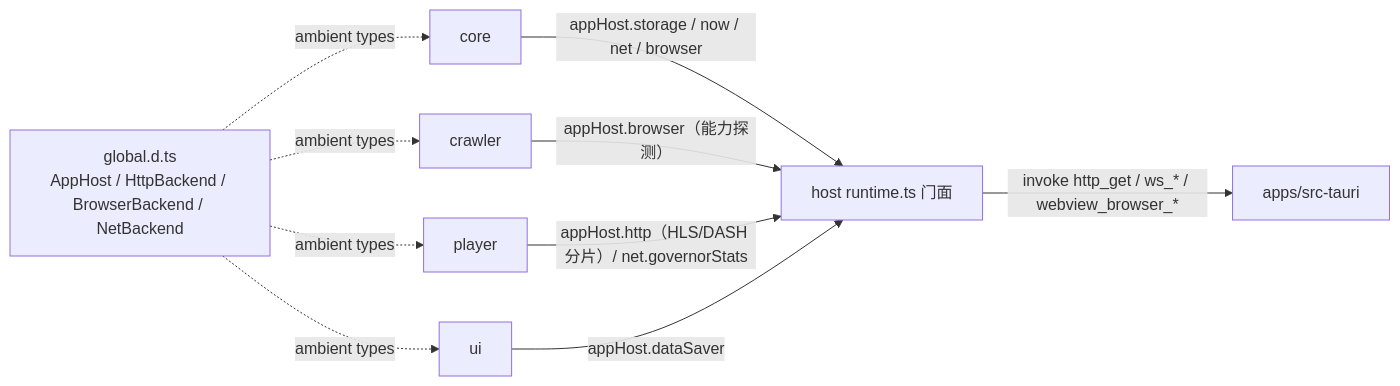
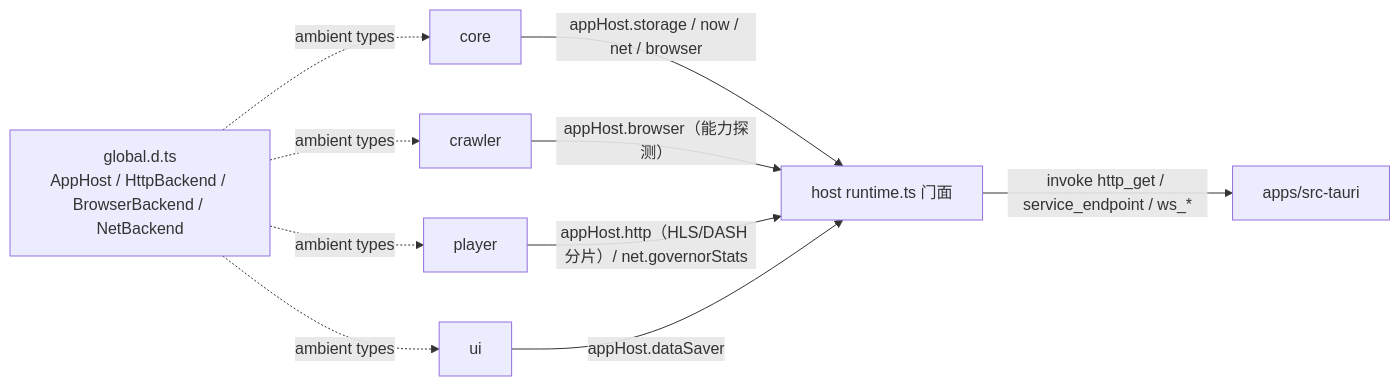
The second of 3 diagrams in docs/architecture/system/01-packages.md (sakiko999/tauri-rss), drawn with Mermaid before and after one commit. The commit also changed other lines of this file and 33 other files, not shown here.

````diff
--- a/docs/architecture/system/01-packages.md
+++ b/docs/architecture/system/01-packages.md
@@ -122,12 +122,12 @@
 ```mermaid
 graph LR
   G["global.d.ts<br/>AppHost / HttpBackend / BrowserBackend / NetBackend"] -. ambient types .-> core
   G -. ambient types .-> crawler
   G -. ambient types .-> player
   G -. ambient types .-> ui
   core -- "appHost.storage / now / net / browser" --> HOST["host runtime.ts 门面"]
   crawler -- "appHost.browser（能力探测）" --> HOST
   player -- "appHost.http（HLS/DASH 分片）/ net.governorStats" --> HOST
   ui -- "appHost.dataSaver" --> HOST
-  HOST -- "invoke http_get / ws_* / webview_browser_*" --> RUST["apps/src-tauri"]
+  HOST -- "invoke http_get / service_endpoint / ws_*" --> RUST["apps/src-tauri"]
 ```
````
